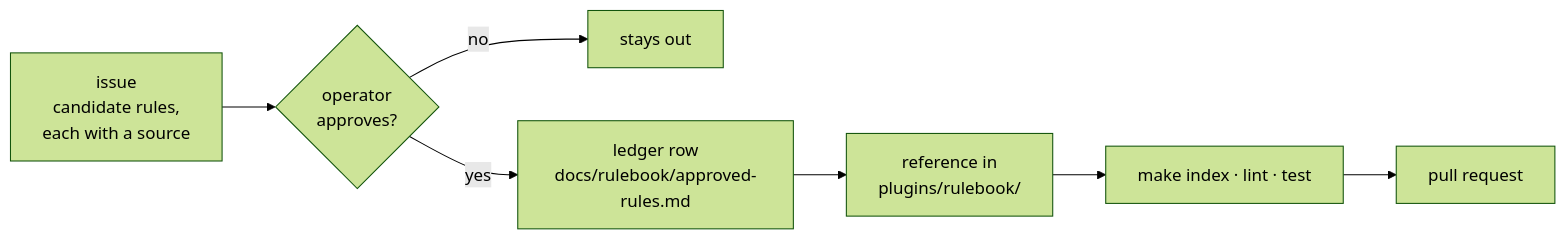
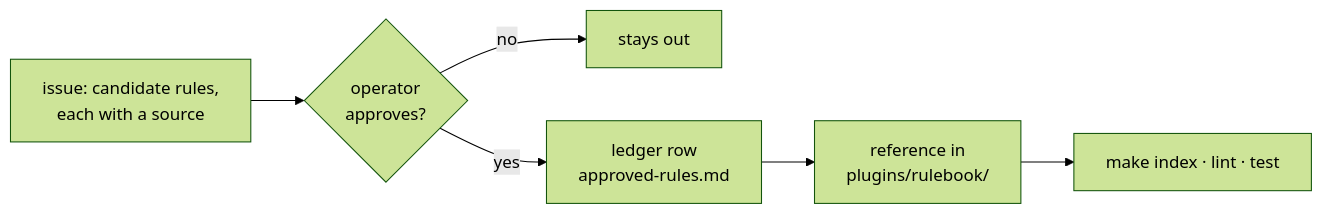
The diagram in CONTRIBUTING.md (chiyanram/skills), drawn with Mermaid (forest theme) before and after one commit. The commit also changed other lines of this file and 218 other files, not shown here.

````diff
--- a/CONTRIBUTING.md
+++ b/CONTRIBUTING.md
@@ -32,8 +48,8 @@
 ```mermaid
 flowchart LR
-    I["issue<br/>candidate rules,<br/>each with a source"] --> Q{"operator<br/>approves?"}
+    I["issue: candidate rules,<br/>each with a source"] --> Q{"operator<br/>approves?"}
     Q -->|"no"| X["stays out"]
-    Q -->|"yes"| L["ledger row<br/>docs/rulebook/approved-rules.md"]
+    Q -->|"yes"| L["ledger row<br/>approved-rules.md"]
     L --> F["reference in<br/>plugins/rulebook/"]
-    F --> C["make index · lint · test"] --> PR["pull request"]
+    F --> C["make index · lint · test"]
 ```
````
